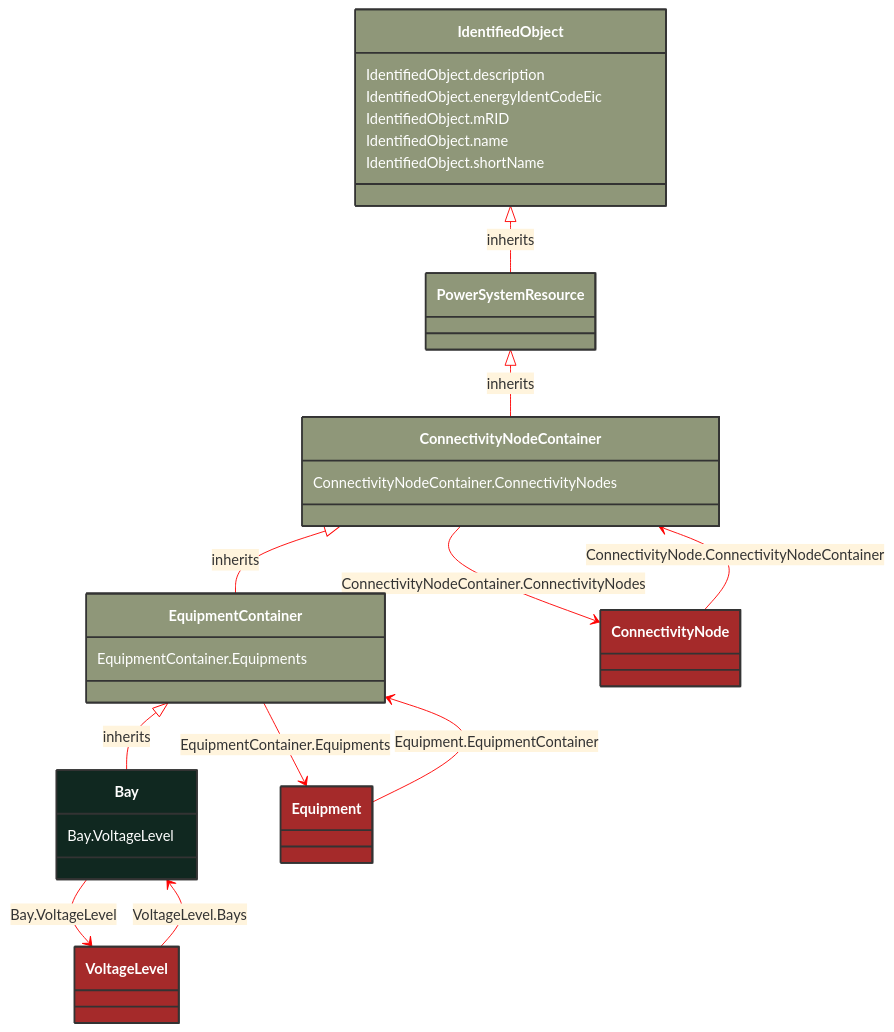
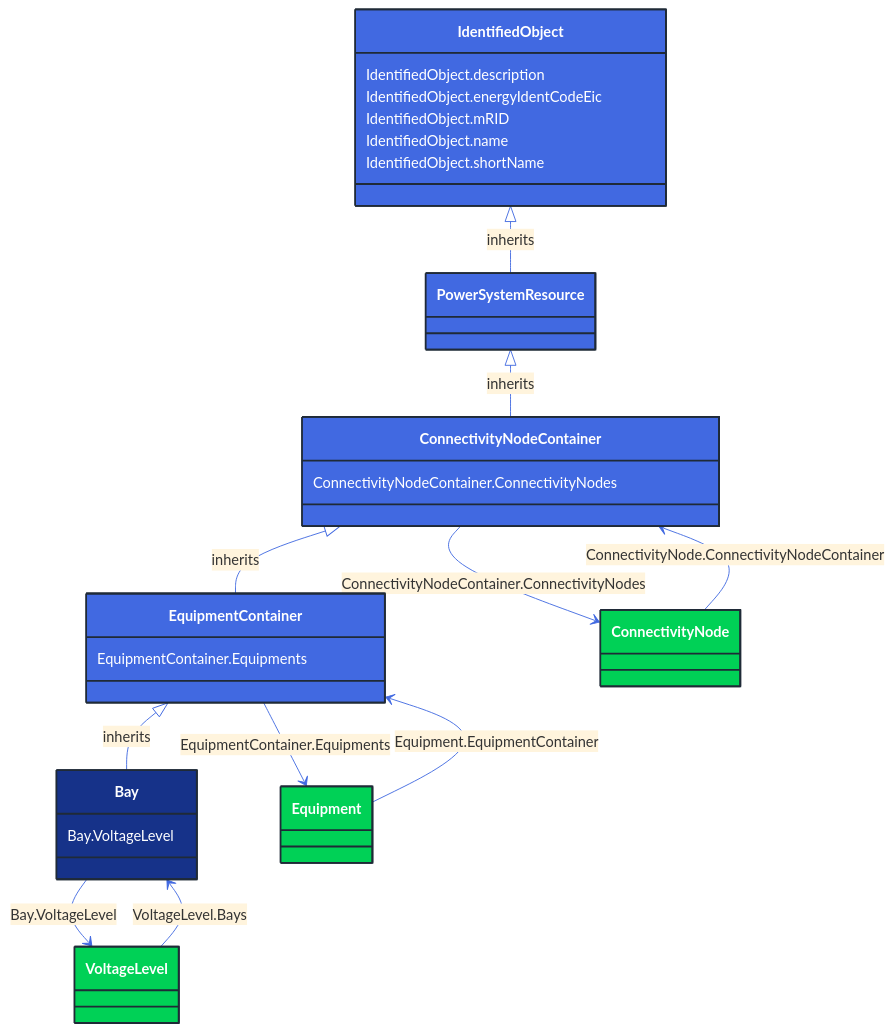
Before and after one commit to 3lbits/NoCIMExtensions: the diagram in docs/Models/Profiles/CoreEquipment/ConcreteClasses/Bay.md, drawn with Mermaid. The commit also changed 362 other files, not shown here.

First line of the commit message:
Update diagrams and styles for improved visual consistency

````diff
--- a/docs/Models/Profiles/CoreEquipment/ConcreteClasses/Bay.md
+++ b/docs/Models/Profiles/CoreEquipment/ConcreteClasses/Bay.md
@@ -8,67 +8,67 @@
 ```mermaid
-%%{init: {'theme':'base','themeVariables': {'lineColor': '#FF0000'}}}%%
+%%{init: {'theme':'base','themeVariables': {'lineColor': '#4169E1'}}}%%
 classDiagram
     class Bay
     click Bay href "/Models/Profiles/CoreEquipment/ConcreteClasses/Bay/"
-    style Bay fill:#102820,stroke:#333,stroke-width:2px,rx:10,ry:10,color:white
+    style Bay fill:#163289,stroke:#1F2A37,stroke-width:2px,rx:10,ry:10,color:white
      
         EquipmentContainer <|-- Bay : inherits
             click EquipmentContainer href "/Models/Profiles/CoreEquipment/AbstractClasses/EquipmentContainer/"
-            style EquipmentContainer fill:#8F9779,stroke:#333,stroke-width:2px,rx:10,ry:10,color:white
+            style EquipmentContainer fill:#4169E1,stroke:#1F2A37,stroke-width:2px,rx:10,ry:10,color:white
      
         ConnectivityNodeContainer <|-- EquipmentContainer : inherits
             click ConnectivityNodeContainer href "/Models/Profiles/CoreEquipment/AbstractClasses/ConnectivityNodeContainer/"
-            style ConnectivityNodeContainer fill:#8F9779,stroke:#333,stroke-width:2px,rx:10,ry:10,color:white
+            style ConnectivityNodeContainer fill:#4169E1,stroke:#1F2A37,stroke-width:2px,rx:10,ry:10,color:white
      
         PowerSystemResource <|-- ConnectivityNodeContainer : inherits
             click PowerSystemResource href "/Models/Profiles/CoreEquipment/AbstractClasses/PowerSystemResource/"
-            style PowerSystemResource fill:#8F9779,stroke:#333,stroke-width:2px,rx:10,ry:10,color:white
+            style PowerSystemResource fill:#4169E1,stroke:#1F2A37,stroke-width:2px,rx:10,ry:10,color:white
      
         IdentifiedObject <|-- PowerSystemResource : inherits
             click IdentifiedObject href "/Models/Profiles/CoreEquipment/AbstractClasses/IdentifiedObject/"
-            style IdentifiedObject fill:#8F9779,stroke:#333,stroke-width:2px,rx:10,ry:10,color:white
+            style IdentifiedObject fill:#4169E1,stroke:#1F2A37,stroke-width:2px,rx:10,ry:10,color:white
 
         Bay --> VoltageLevel : Bay.VoltageLevel
 
         VoltageLevel
             click VoltageLevel href "/Models/Profiles/CoreEquipment/ConcreteClasses/VoltageLevel/"
-            style VoltageLevel fill:#A52A2A,stroke:#333,stroke-width:2px,rx:10,ry:10,color:white
+            style VoltageLevel fill:#00D156,stroke:#1F2A37,stroke-width:2px,rx:10,ry:10,color:white
         EquipmentContainer --> Equipment : EquipmentContainer.Equipments
 
         Equipment
             click Equipment href "/Models/Profiles/CoreEquipment/AbstractClasses/Equipment/"
-            style Equipment fill:#A52A2A,stroke:#333,stroke-width:2px,rx:10,ry:10,color:white
+            style Equipment fill:#00D156,stroke:#1F2A37,stroke-width:2px,rx:10,ry:10,color:white
         ConnectivityNodeContainer --> ConnectivityNode : ConnectivityNodeContainer.ConnectivityNodes
 
         ConnectivityNode
             click ConnectivityNode href "/Models/Profiles/CoreEquipment/AbstractClasses/ConnectivityNode/"
-            style ConnectivityNode fill:#A52A2A,stroke:#333,stroke-width:2px,rx:10,ry:10,color:white
+            style ConnectivityNode fill:#00D156,stroke:#1F2A37,stroke-width:2px,rx:10,ry:10,color:white
 
         ConnectivityNode --> ConnectivityNodeContainer : ConnectivityNode.ConnectivityNodeContainer
 
         ConnectivityNode
             click ConnectivityNode href "/Models/Profiles/CoreEquipment/AbstractClasses/ConnectivityNode/"
-            style ConnectivityNode fill:#A52A2A,stroke:#333,stroke-width:2px,rx:10,ry:10,color:white
+            style ConnectivityNode fill:#00D156,stroke:#1F2A37,stroke-width:2px,rx:10,ry:10,color:white
 
         Equipment --> EquipmentContainer : Equipment.EquipmentContainer
 
         Equipment
             click Equipment href "/Models/Profiles/CoreEquipment/AbstractClasses/Equipment/"
-            style Equipment fill:#A52A2A,stroke:#333,stroke-width:2px,rx:10,ry:10,color:white
+            style Equipment fill:#00D156,stroke:#1F2A37,stroke-width:2px,rx:10,ry:10,color:white
 
         VoltageLevel --> Bay : VoltageLevel.Bays
 
         VoltageLevel
             click VoltageLevel href "/Models/Profiles/CoreEquipment/ConcreteClasses/VoltageLevel/"
-            style VoltageLevel fill:#A52A2A,stroke:#333,stroke-width:2px,rx:10,ry:10,color:white
+            style VoltageLevel fill:#00D156,stroke:#1F2A37,stroke-width:2px,rx:10,ry:10,color:white
 
 
         Bay : Bay.VoltageLevel
         EquipmentContainer : EquipmentContainer.Equipments
         ConnectivityNodeContainer : ConnectivityNodeContainer.ConnectivityNodes
         IdentifiedObject : IdentifiedObject.description
         IdentifiedObject : IdentifiedObject.energyIdentCodeEic
         IdentifiedObject : IdentifiedObject.mRID
         IdentifiedObject : IdentifiedObject.name
         IdentifiedObject : IdentifiedObject.shortName
 ```
````
